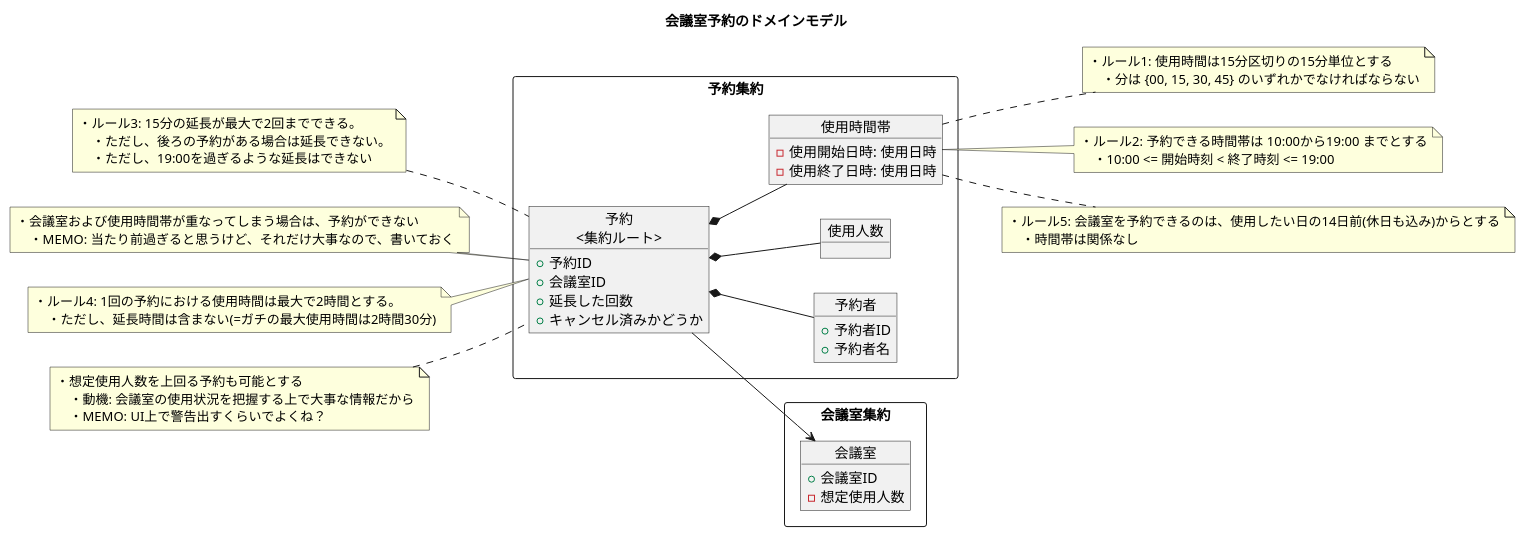
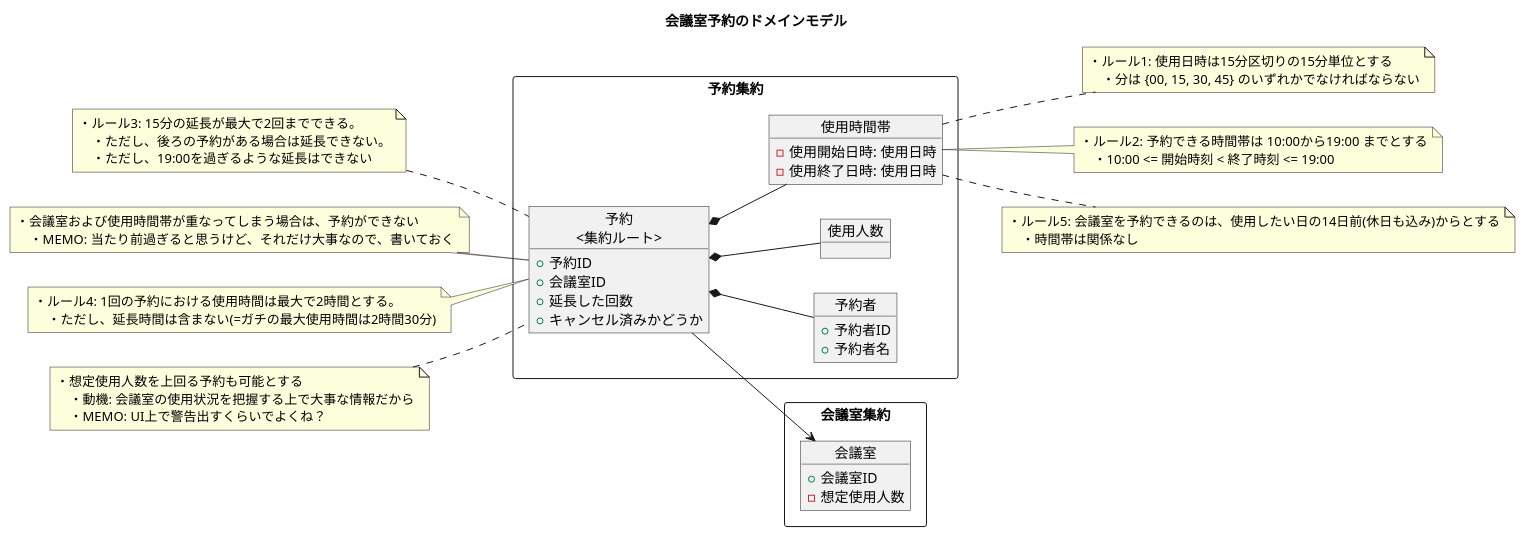
One commit to ModelingKai/meeting-room-python changed the diagram in diagram/ドメインモデル.puml. Above: the diagram before and after it, drawn with PlantUML. The commit also changed 2 other files, not shown here.

Commit message:
テスト実装: 「使用日時は15分区切りの15分単位でなければならない」

```diff
--- a/diagram/ドメインモデル.puml
+++ b/diagram/ドメインモデル.puml
@@ -1,88 +1,88 @@
 @startuml
 
 title 会議室予約のドメインモデル
 
 left to right direction
 
 
 rectangle 予約集約 {
     object "予約\n<集約ルート>" as c1 {
         + 予約ID
         + 会議室ID
         + 延長した回数
         + キャンセル済みかどうか
     }
 
     object 予約者 {
         + 予約者ID
         + 予約者名
     }
 
     object 使用人数 {
     }
 
     object 使用時間帯 {
         - 使用開始日時: 使用日時
         - 使用終了日時: 使用日時
     }
 }
 
 
 rectangle 会議室集約 {
     object 会議室 {
         + 会議室ID
         - 想定使用人数
     }
 }
 
 
 c1 --> 会議室
 c1 *-- 予約者
 c1 *-- 使用人数
 c1 *-- 使用時間帯
 
 ' ===== 予約 =====
 note left of c1
 ・ルール3: 15分の延長が最大で2回までできる。
     ・ただし、後ろの予約がある場合は延長できない。
     ・ただし、19:00を過ぎるような延長はできない
 end note
 
 note left of c1
 ・会議室および使用時間帯が重なってしまう場合は、予約ができない
     ・MEMO: 当たり前過ぎると思うけど、それだけ大事なので、書いておく
 end note
 
 note left of c1
 ・ルール4: 1回の予約における使用時間は最大で2時間とする。
     ・ただし、延長時間は含まない(=ガチの最大使用時間は2時間30分)
 end note
 
 note left of c1
 ・想定使用人数を上回る予約も可能とする
     ・動機: 会議室の使用状況を把握する上で大事な情報だから
     ・MEMO: UI上で警告出すくらいでよくね？
 end note
 
 ' ===== 使用時間帯 =====
 note right of 使用時間帯
-・ルール1: 使用時間は15分区切りの15分単位とする
+・ルール1: 使用日時は15分区切りの15分単位とする
     ・分は {00, 15, 30, 45} のいずれかでなければならない
 end note
 
 note right of 使用時間帯
 ・ルール2: 予約できる時間帯は 10:00から19:00 までとする
     ・10:00 <= 開始時刻 < 終了時刻 <= 19:00
 end note
 
 
 note right of 使用時間帯
 ・ルール5: 会議室を予約できるのは、使用したい日の14日前(休日も込み)からとする
     ・時間帯は関係なし
 end note
 
 
 
 
 
 @enduml
```
